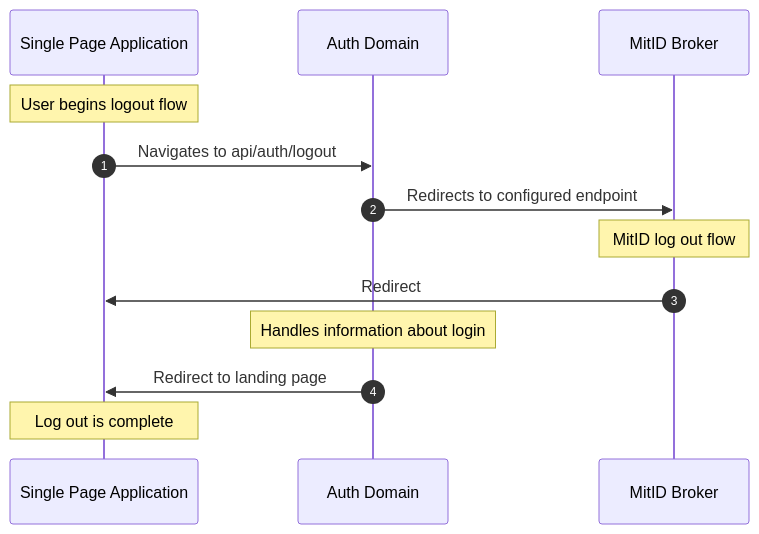
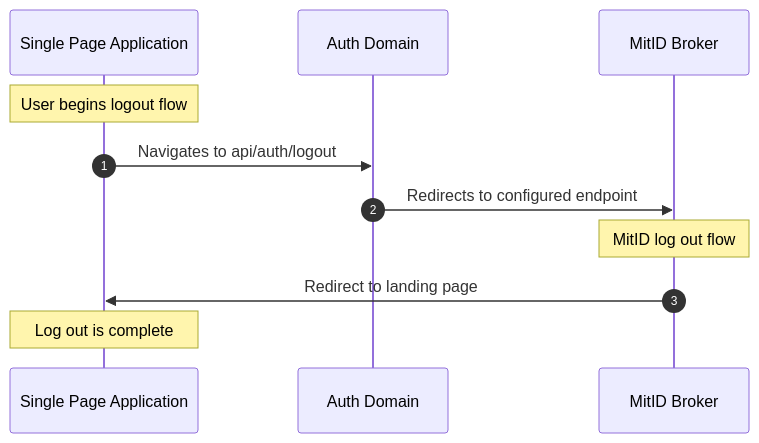
One commit to Energinet-DataHub/energy-origin changed the second of 2 diagrams in doc/architecture/domains/auth.md. Above: the diagram before and after it, drawn with Mermaid.

````diff
--- a/doc/architecture/domains/auth.md
+++ b/doc/architecture/domains/auth.md
@@ -70,16 +70,14 @@
 ```mermaid
 sequenceDiagram
   autonumber
   participant spa as Single Page Application
   participant auth as Auth Domain
   participant broker as MitID Broker
 
   Note over spa: User begins logout flow
   spa->>auth: Navigates to api/auth/logout
   auth->>broker: Redirects to configured endpoint
   Note over broker: MitID log out flow
-  broker->>spa: Redirect
-  Note over auth: Handles information about login
-  auth->>spa: Redirect to landing page
+  broker->>spa: Redirect to landing page
   Note over spa: Log out is complete
 ```
````
